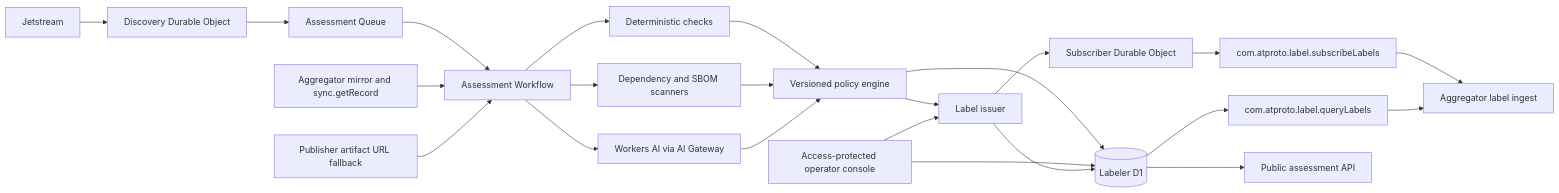
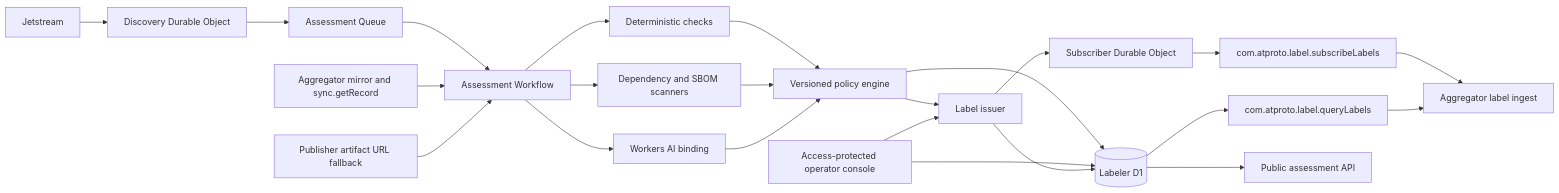
Before and after one commit to emdash-cms/emdash: the diagram in .opencode/plans/plugin-registry-labelling-service/spec.md, drawn with Mermaid. The commit also changed other lines of this file and 1 other file, not shown here.

Commit message:
docs(labeler-plan): use Workers AI binding, not AI Gateway

````diff
--- a/.opencode/plans/plugin-registry-labelling-service/spec.md
+++ b/.opencode/plans/plugin-registry-labelling-service/spec.md
@@ -86,25 +86,25 @@
 ```mermaid
 flowchart LR
   JS[Jetstream] --> JD[Discovery Durable Object]
   JD --> Q[Assessment Queue]
   Q --> WF[Assessment Workflow]
   AGG[Aggregator mirror and sync.getRecord] --> WF
   SRC[Publisher artifact URL fallback] --> WF
   WF --> DET[Deterministic checks]
   WF --> DEP[Dependency and SBOM scanners]
-  WF --> AI[Workers AI via AI Gateway]
+  WF --> AI[Workers AI binding]
   DET --> PE[Versioned policy engine]
   DEP --> PE
   AI --> PE
   PE --> D1[(Labeler D1)]
   PE --> ISSUER[Label issuer]
   UI[Access-protected operator console] --> D1
   UI --> ISSUER
   ISSUER --> D1
   ISSUER --> SD[Subscriber Durable Object]
   SD --> SUB[com.atproto.label.subscribeLabels]
   D1 --> QUERY[com.atproto.label.queryLabels]
   D1 --> PUBLIC[Public assessment API]
   SUB --> AGGI[Aggregator label ingest]
   QUERY --> AGGI
 ```
````
